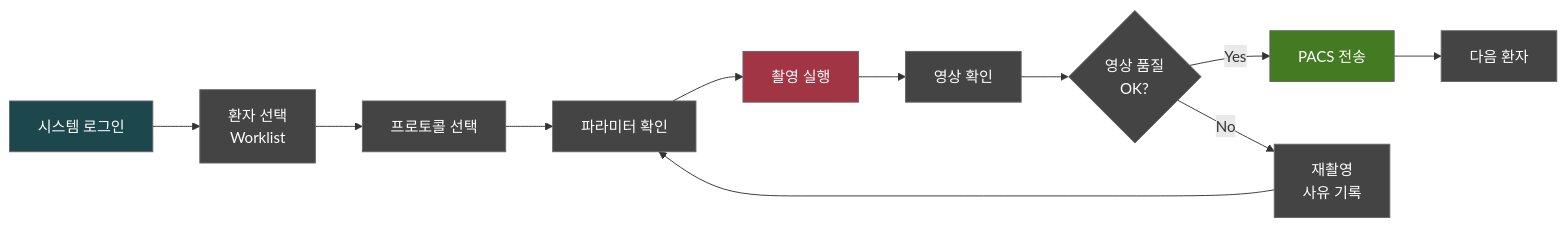
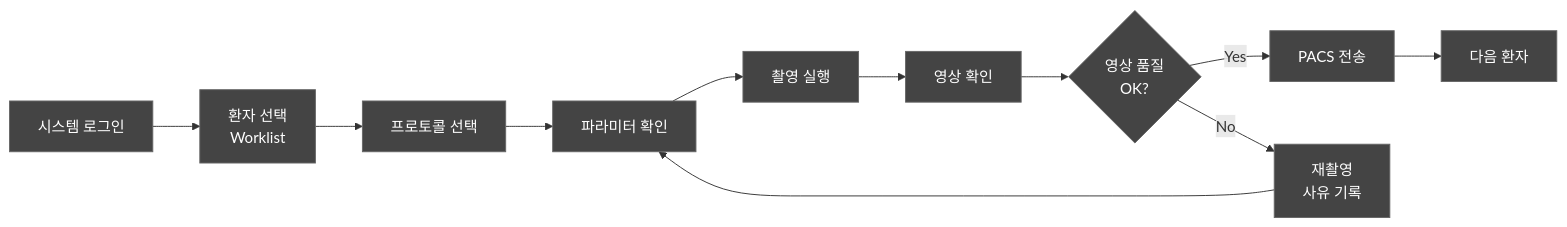
One commit to holee9/console-gui changed the third of 8 diagrams in docs/testing/DOC-021_UsabilityFile_v1.0.md. Above: the diagram before and after it, drawn with Mermaid. The commit also changed other lines of this file and 35 other files, not shown here.

First line of the commit message:
fix: 전체 Mermaid 차트 색상 진한 회색 통일

````diff
--- a/docs/testing/DOC-021_UsabilityFile_v1.0.md
+++ b/docs/testing/DOC-021_UsabilityFile_v1.0.md
@@ -204,18 +204,18 @@
 ```mermaid
 flowchart LR
     classDef default fill:#444,stroke:#666,color:#fff
     A[시스템 로그인] --> B[환자 선택<br/>Worklist]
     B --> C[프로토콜 선택]
     C --> D[파라미터 확인]
     D --> E[촬영 실행]
     E --> F[영상 확인]
     F --> G{영상 품질<br/>OK?}
     G -->|Yes| H[PACS 전송]
     G -->|No| I[재촬영<br/>사유 기록]
     I --> D
     H --> J[다음 환자]
     
-    style A fill:#1B474D,color:#fff
-    style E fill:#A13544,color:#fff
-    style H fill:#437A22,color:#fff
+    style A fill:#444,color:#fff
+    style E fill:#444,color:#fff
+    style H fill:#444,color:#fff
 ```
````
